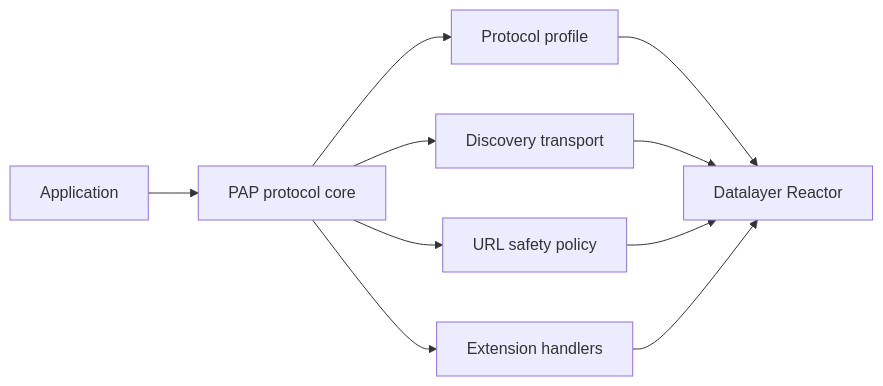
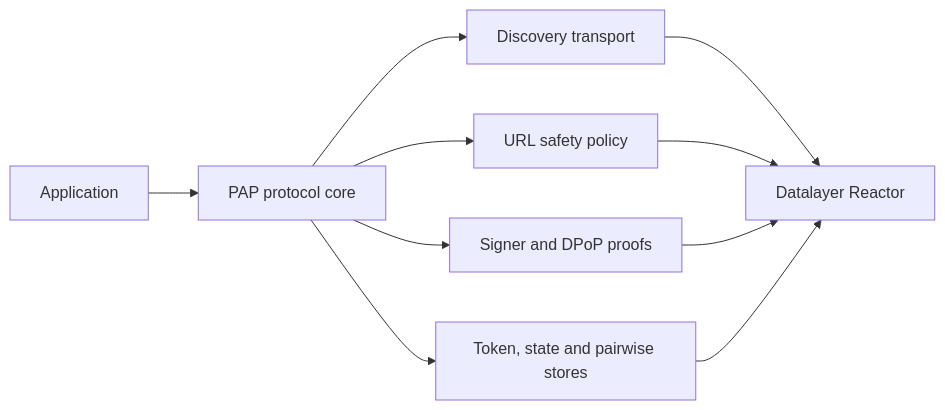
Before and after one commit to datalayer/personal-agent-protocol: the diagram in docs/docs/concepts/architecture.mdx, drawn with Mermaid. The commit also changed other lines of this file and 54 other files, not shown here.

````diff
--- a/docs/docs/concepts/architecture.mdx
+++ b/docs/docs/concepts/architecture.mdx
@@ -30,9 +20,9 @@
 ```mermaid
 flowchart LR
   App[Application] --> SDK[PAP protocol core]
-  SDK --> Profile[Protocol profile]
   SDK --> Transport[Discovery transport]
   SDK --> Safety[URL safety policy]
-  SDK --> Handler[Extension handlers]
-  Profile & Transport & Safety & Handler --> Reactor[Datalayer Reactor]
+  SDK --> Keys[Signer and DPoP proofs]
+  SDK --> Stores[Token, state and pairwise stores]
+  Transport & Safety & Keys & Stores --> Reactor[Datalayer Reactor]
 ```
````
